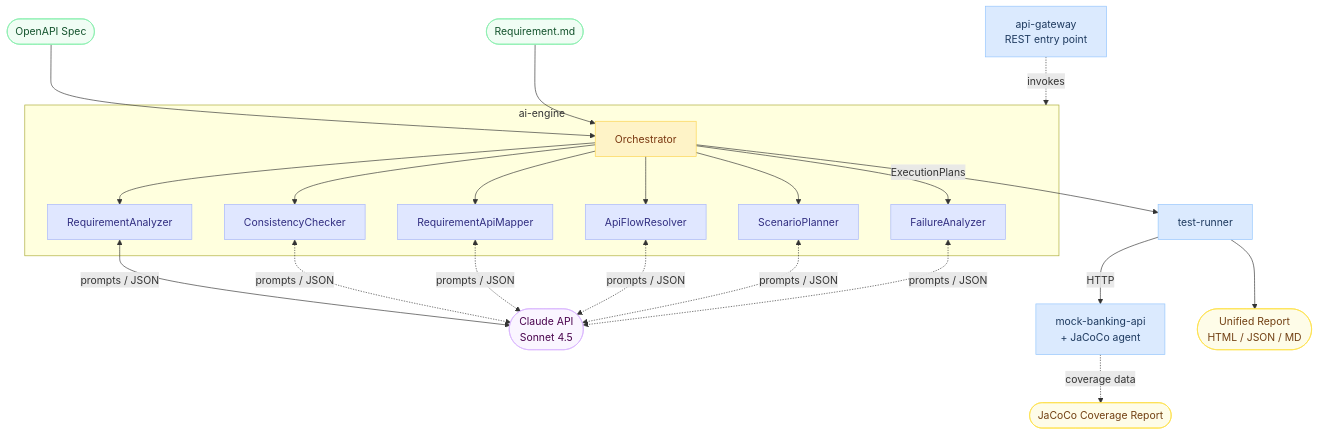
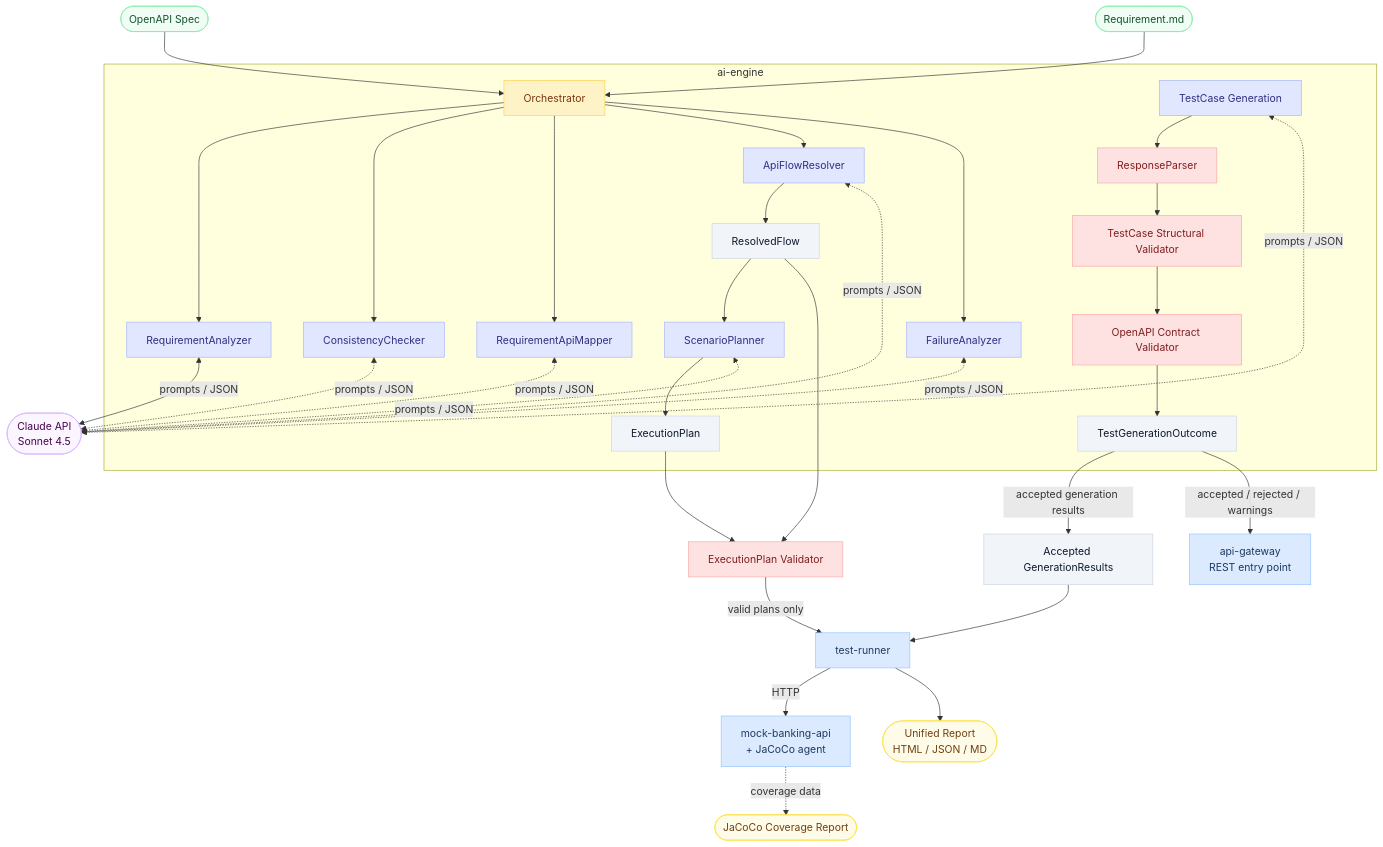
Before and after one commit to meiashley/testforge-ai: the diagram in README.md, drawn with Mermaid. The commit also changed other lines of this file, not shown here.

````diff
--- a/README.md
+++ b/README.md
@@ -63,35 +69,49 @@
 ```mermaid
 graph TB
     A([OpenAPI Spec]):::input --> O
     R([Requirement.md]):::input --> O
 
     subgraph AIENGINE[ai-engine]
         O[Orchestrator]:::orch
         O --> RA[RequirementAnalyzer]:::ai
         O --> CC[ConsistencyChecker]:::ai
         O --> MAP[RequirementApiMapper]:::ai
         O --> AFR[ApiFlowResolver]:::ai
-        O --> SP[ScenarioPlanner]:::ai
+        AFR --> RF[ResolvedFlow]:::data
+        RF --> SP[ScenarioPlanner]:::ai
+        SP --> EP[ExecutionPlan]:::data
         O --> FA[FailureAnalyzer]:::ai
+
+        TG[TestCase Generation]:::ai --> RP[ResponseParser]:::gate
+        RP --> TSV[TestCase Structural Validator]:::gate
+        TSV --> OCV[OpenAPI Contract Validator]:::gate
+        OCV --> TGO[TestGenerationOutcome]:::data
     end
 
     RA <-->|prompts / JSON| C([Claude API<br/>Sonnet 4.5]):::external
     CC <-.->|prompts / JSON| C
     MAP <-.->|prompts / JSON| C
     AFR <-.->|prompts / JSON| C
     SP <-.->|prompts / JSON| C
     FA <-.->|prompts / JSON| C
+    TG <-.->|prompts / JSON| C
 
-    O -->|ExecutionPlans| D[test-runner]:::module
+    RF --> EPV[ExecutionPlan Validator]:::gate
+    EP --> EPV
+    EPV -->|valid plans only| D[test-runner]:::module
+    TGO -->|accepted generation results| AGR[Accepted GenerationResults]:::data
+    AGR --> D
+    TGO -->|accepted / rejected / warnings| H[api-gateway<br/>REST entry point]:::module
     D -->|HTTP| E[mock-banking-api<br/>+ JaCoCo agent]:::module
     D --> F([Unified Report<br/>HTML / JSON / MD]):::output
     E -.->|coverage data| G([JaCoCo Coverage Report]):::output
-    H[api-gateway<br/>REST entry point]:::module -.->|invokes| AIENGINE
 
     classDef module fill:#dbeafe,stroke:#93c5fd,color:#1e3a5f
     classDef ai fill:#e0e7ff,stroke:#a5b4fc,color:#312e81
     classDef orch fill:#fef3c7,stroke:#fcd34d,color:#78350f
     classDef input fill:#f0fdf4,stroke:#86efac,color:#14532d
     classDef output fill:#fefce8,stroke:#fde047,color:#713f12
     classDef external fill:#faf5ff,stroke:#d8b4fe,color:#4a044e
+    classDef gate fill:#fee2e2,stroke:#fca5a5,color:#7f1d1d
+    classDef data fill:#f1f5f9,stroke:#cbd5e1,color:#0f172a
 ```
````
